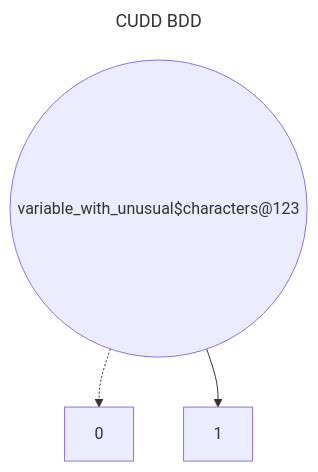
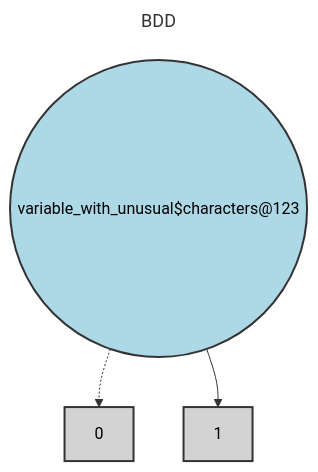
Before and after one commit to Alan-Jowett/bdd_test: the second of 2 diagrams in test_expressions/cudd_reference_outputs/single_variable_unusual_name_analysis.md, drawn with Mermaid. The commit also changed 13 other files, not shown here.

````diff
--- a/test_expressions/cudd_reference_outputs/single_variable_unusual_name_analysis.md
+++ b/test_expressions/cudd_reference_outputs/single_variable_unusual_name_analysis.md
@@ -33,16 +33,19 @@
 ```mermaid
 ---
-title: CUDD BDD
+title: BDD
 ---
 flowchart TD
-    N0(("variable_with_unusual$characters@123"))
-    N1["0"]
-    N2["1"]
+    N0["0"]
+    N1["1"]
+    N2(("variable_with_unusual$characters@123"))
 
-    N0 -.-> N1
-    N0 --> N2
+    N2 -.-> N0
+    N2 --> N1
 
-    class N0 default
-    class N1 default
-    class N2 default
+    class N0 terminal
+    class N1 terminal
+    class N2 bddVariable
+
+    classDef bddVariable fill:lightblue,stroke:#333,stroke-width:2px,color:#000
+    classDef terminal fill:lightgray,stroke:#333,stroke-width:2px,color:#000
 ```
````
